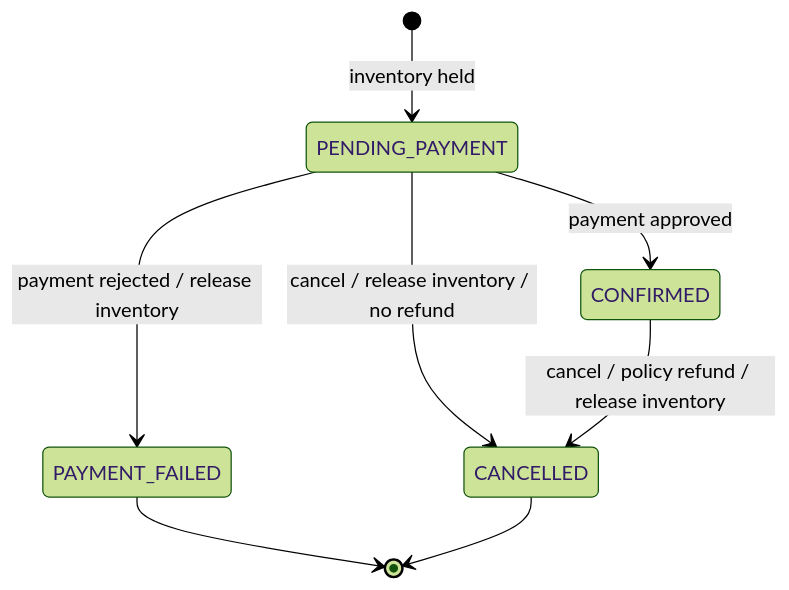
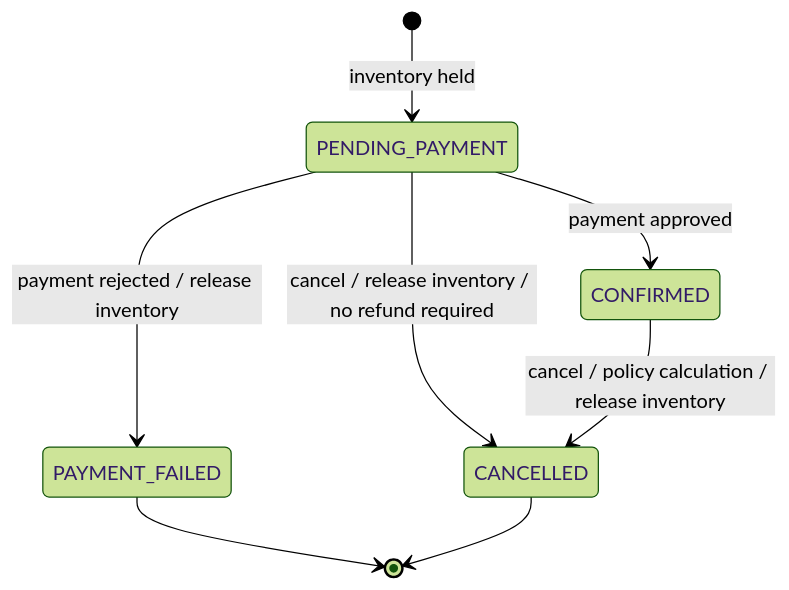
Before and after one commit to ssinha2103/Hotieler: the third of 5 diagrams in DESIGN.md, drawn with Mermaid (forest theme). The commit also changed other lines of this file and 28 other files, not shown here.

````diff
--- a/DESIGN.md
+++ b/DESIGN.md
@@ -75,10 +75,10 @@
 ```mermaid
 stateDiagram-v2
     [*] --> PENDING_PAYMENT: inventory held
     PENDING_PAYMENT --> CONFIRMED: payment approved
     PENDING_PAYMENT --> PAYMENT_FAILED: payment rejected / release inventory
-    PENDING_PAYMENT --> CANCELLED: cancel / release inventory / no refund
-    CONFIRMED --> CANCELLED: cancel / policy refund / release inventory
+    PENDING_PAYMENT --> CANCELLED: cancel / release inventory / no refund required
+    CONFIRMED --> CANCELLED: cancel / policy calculation / release inventory
     PAYMENT_FAILED --> [*]
     CANCELLED --> [*]
 ```
````
